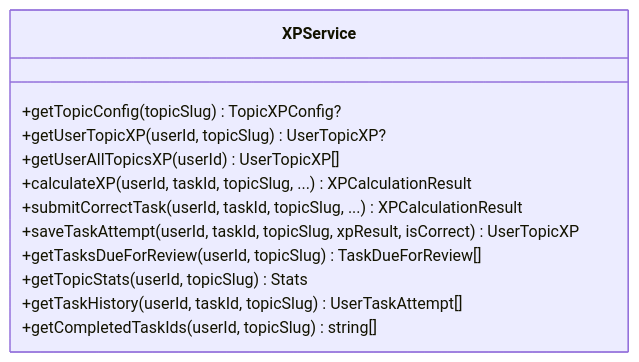
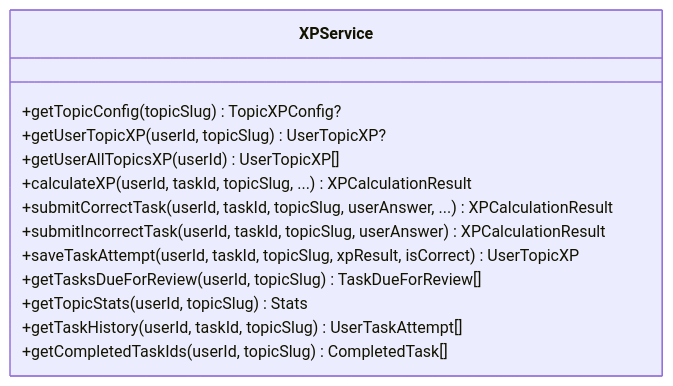
Before and after one commit to AlexKutz/math-app-next-js: the seventh of 15 diagrams in .qoder/repowiki/en/content/Architecture & Design/Database Design & Integration.md, drawn with Mermaid. The commit also changed other lines of this file and 125 other files, not shown here.

````diff
--- a/.qoder/repowiki/en/content/Architecture & Design/Database Design & Integration.md
+++ b/.qoder/repowiki/en/content/Architecture & Design/Database Design & Integration.md
@@ -378,15 +395,16 @@
 ```mermaid
 classDiagram
 class XPService {
 +getTopicConfig(topicSlug) TopicXPConfig?
 +getUserTopicXP(userId, topicSlug) UserTopicXP?
 +getUserAllTopicsXP(userId) UserTopicXP[]
 +calculateXP(userId, taskId, topicSlug, ...) XPCalculationResult
-+submitCorrectTask(userId, taskId, topicSlug, ...) XPCalculationResult
++submitCorrectTask(userId, taskId, topicSlug, userAnswer, ...) XPCalculationResult
++submitIncorrectTask(userId, taskId, topicSlug, userAnswer) XPCalculationResult
 +saveTaskAttempt(userId, taskId, topicSlug, xpResult, isCorrect) UserTopicXP
 +getTasksDueForReview(userId, topicSlug) TaskDueForReview[]
 +getTopicStats(userId, topicSlug) Stats
 +getTaskHistory(userId, taskId, topicSlug) UserTaskAttempt[]
-+getCompletedTaskIds(userId, topicSlug) string[]
++getCompletedTaskIds(userId, topicSlug) CompletedTask[]
 }
 ```
````
